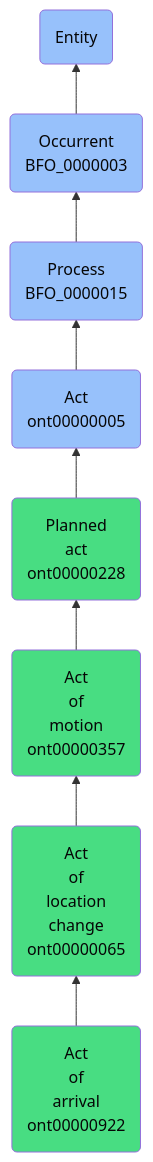
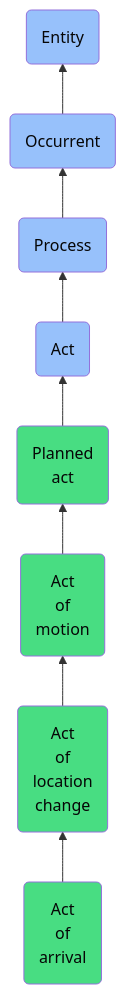
The diagram in docs/ontology/reference/model/Entity/Occurrent/Process/Act/Planned act/Act of motion/Act of location change/Act of arrival/Act of arrival.md (jupyter-naas/abi), drawn with Mermaid before and after one commit. The commit also changed other lines of this file and 1430 other files, not shown here.

````diff
--- a/docs/ontology/reference/model/Entity/Occurrent/Process/Act/Planned act/Act of motion/Act of location change/Act of arrival/Act of arrival.md
+++ b/docs/ontology/reference/model/Entity/Occurrent/Process/Act/Planned act/Act of motion/Act of location change/Act of arrival/Act of arrival.md
@@ -24,15 +24,15 @@
 ```mermaid
 graph BT
-    ont00000922(Act<br>of<br>arrival<br>ont00000922):::ABI-->ont00000065
-    ont00000065(Act<br>of<br>location<br>change<br>ont00000065):::ABI-->ont00000357
-    ont00000357(Act<br>of<br>motion<br>ont00000357):::ABI-->ont00000228
-    ont00000228(Planned<br>act<br>ont00000228):::ABI-->ont00000005
-    ont00000005(Act<br>ont00000005):::BFO-->BFO_0000015
-    BFO_0000015(Process<br>BFO_0000015):::BFO-->BFO_0000003
-    BFO_0000003(Occurrent<br>BFO_0000003):::BFO-->BFO_0000001
+    ont00000922(Act<br>of<br>arrival):::ABI-->ont00000065
+    ont00000065(Act<br>of<br>location<br>change):::ABI-->ont00000357
+    ont00000357(Act<br>of<br>motion):::ABI-->ont00000228
+    ont00000228(Planned<br>act):::ABI-->ont00000005
+    ont00000005(Act):::BFO-->BFO_0000015
+    BFO_0000015(Process):::BFO-->BFO_0000003
+    BFO_0000003(Occurrent):::BFO-->BFO_0000001
     BFO_0000001(Entity):::BFO
     
     classDef BFO fill:#97c1fb,color:#060606
     classDef CCO fill:#e4c51e,color:#060606
     classDef ABI fill:#48DD82,color:#060606
 ```
````
